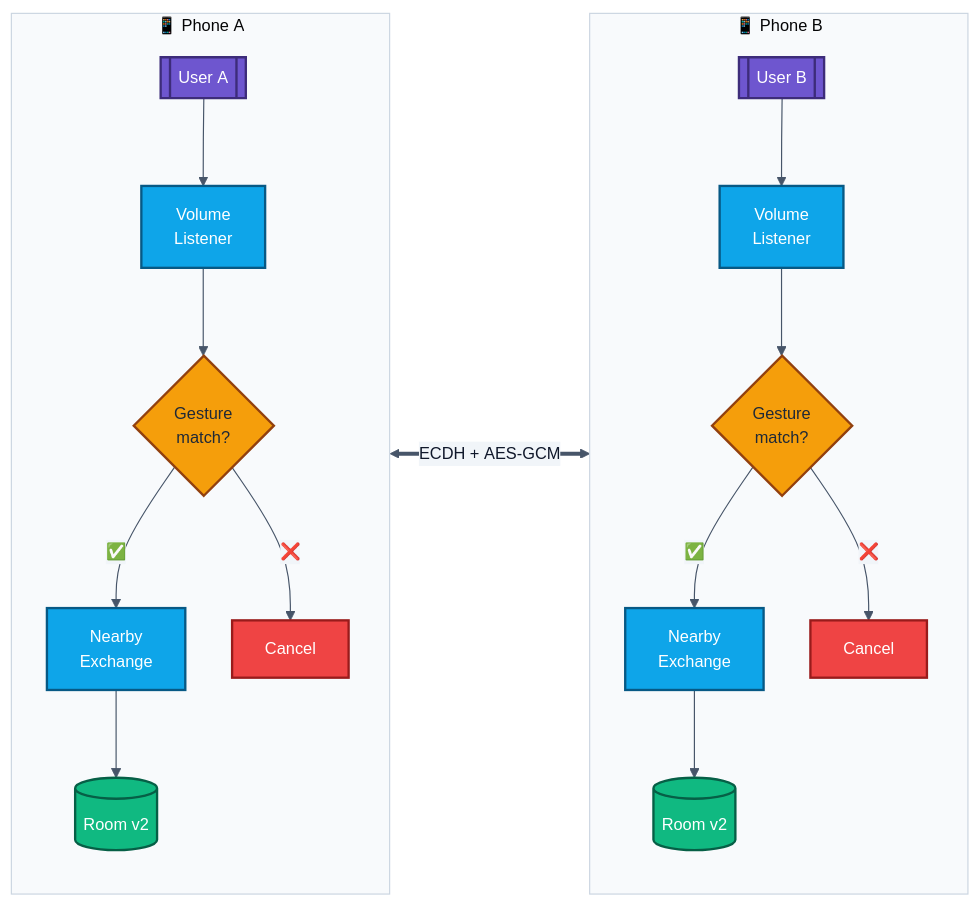
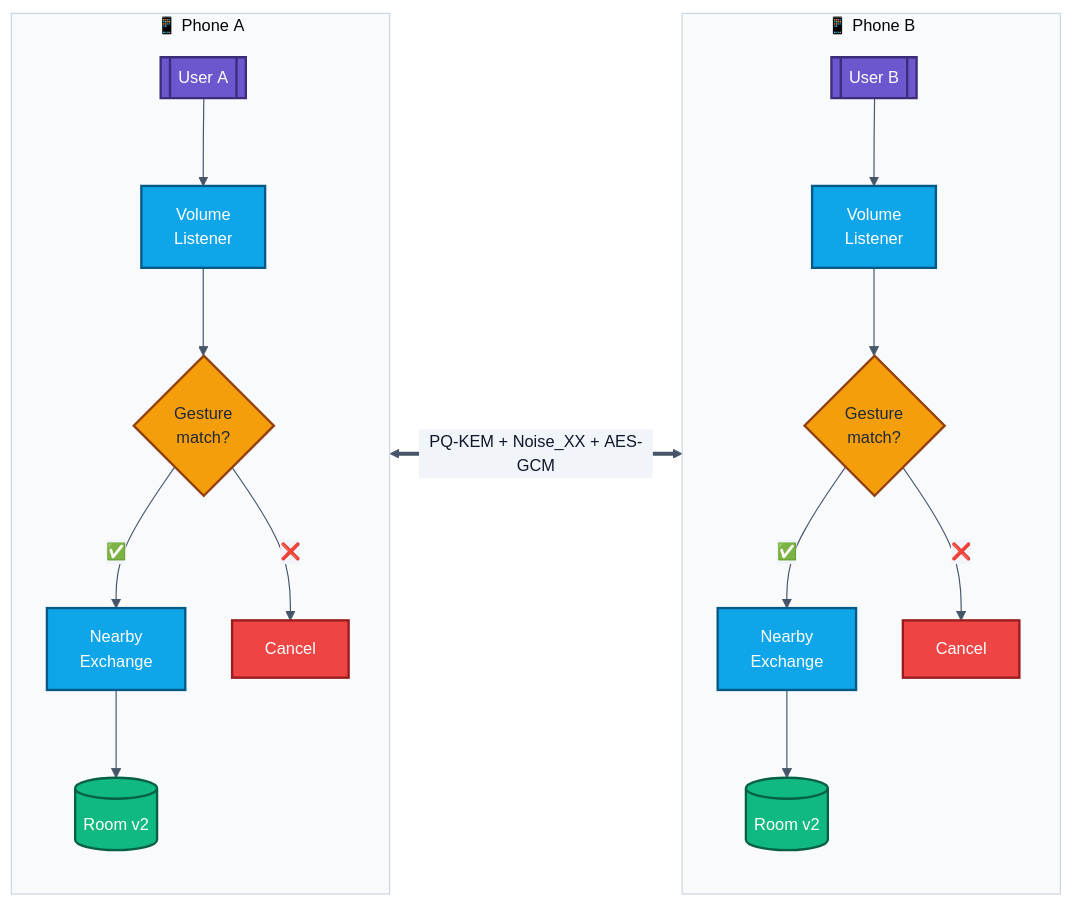
The first of 2 diagrams in README.md (showerideas/Aura), drawn with Mermaid before and after one commit. The commit also changed other lines of this file and 194 other files, not shown here.

Commit message:
fix: v4.0.0 production audit — dead code elimination, HybridKemEngine wiring, deeplink routing fix, relay pin expiry correction, version alignment, stale migration removed, README/ROADMAP/SECURITY/ARCHITECTURE/WIRE_PROTOCOL accuracy rewrite

````diff
--- a/README.md
+++ b/README.md
@@ -76,46 +86,46 @@
 ```mermaid
 %%{init: {'theme':'base','themeVariables':{
   'fontFamily':'ui-monospace, SFMono-Regular, Menlo, Monaco, monospace',
   'fontSize':'14px',
   'primaryColor':'#0EA5E9',
   'primaryTextColor':'#0F172A',
   'primaryBorderColor':'#075985',
   'lineColor':'#475569',
   'secondaryColor':'#F1F5F9',
   'tertiaryColor':'#FAFAF9',
   'clusterBkg':'#F8FAFC',
   'clusterBorder':'#CBD5E1'
 },'flowchart':{'curve':'basis','nodeSpacing':40,'rankSpacing':50,'padding':14}}}%%
 flowchart LR
     subgraph A["📱 Phone&nbsp;A"]
         direction TB
         UA[["User&nbsp;A"]]:::user
         VA["Volume<br/>Listener"]:::service
         GA{"Gesture<br/>match?"}:::gate
         NA["Nearby<br/>Exchange"]:::service
         DA[("Room&nbsp;v2")]:::data
         UA --> VA --> GA
         GA -- "✅" --> NA
         GA -- "❌" --> XA["Cancel"]:::warn
         NA --> DA
     end
     subgraph B["📱 Phone&nbsp;B"]
         direction TB
         UB[["User&nbsp;B"]]:::user
         VB["Volume<br/>Listener"]:::service
         GB{"Gesture<br/>match?"}:::gate
         NB["Nearby<br/>Exchange"]:::service
         DB[("Room&nbsp;v2")]:::data
         UB --> VB --> GB
         GB -- "✅" --> NB
         GB -- "❌" --> XB["Cancel"]:::warn
         NB --> DB
     end
-    NA <== "ECDH&nbsp;+&nbsp;AES-GCM" ==> NB
+    NA <== "PQ-KEM&nbsp;+&nbsp;Noise_XX&nbsp;+&nbsp;AES-GCM" ==> NB
 
     classDef user fill:#6E56CF,color:#FFFFFF,stroke:#3D2C7A,stroke-width:2px
     classDef service fill:#0EA5E9,color:#FFFFFF,stroke:#075985,stroke-width:2px
     classDef data fill:#10B981,color:#FFFFFF,stroke:#065F46,stroke-width:2px
     classDef gate fill:#F59E0B,color:#1F2937,stroke:#92400E,stroke-width:2px
     classDef warn fill:#EF4444,color:#FFFFFF,stroke:#991B1B,stroke-width:2px
 ```
````
